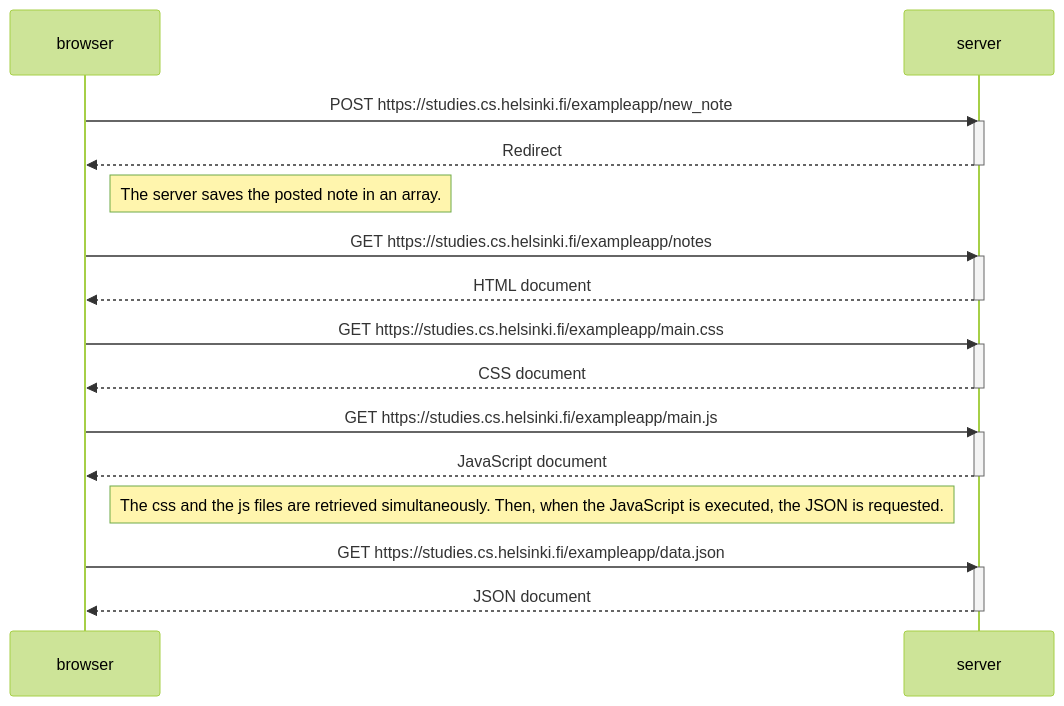
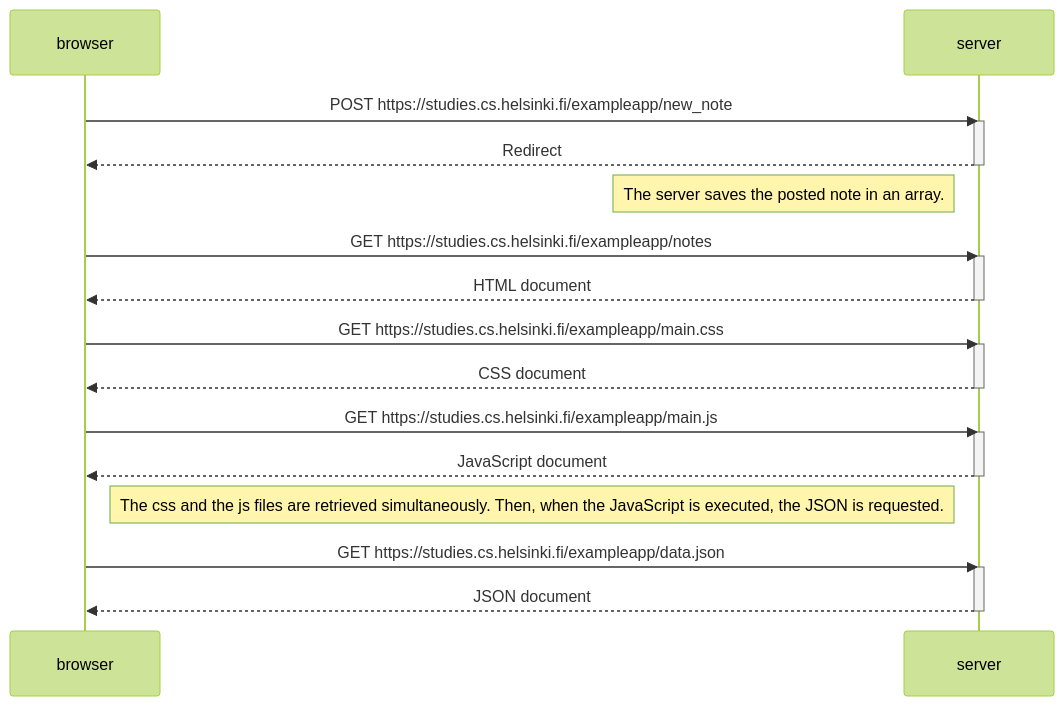
The diagram in part0/0_4_new_note_diagram.md (jjcosgaya/fullstackopen), drawn with Mermaid (forest theme) before and after one commit.

Commit message:
Fixed note position in diagram

````diff
--- a/part0/0_4_new_note_diagram.md
+++ b/part0/0_4_new_note_diagram.md
@@ -1,33 +1,33 @@
 ```mermaid
 sequenceDiagram
     participant browser
     participant server
 
     browser->>server: POST https://studies.cs.helsinki.fi/exampleapp/new_note
     activate server
     server-->>browser: Redirect
     deactivate server
-    Note right of browser: The server saves the posted note in an array.
+    Note left of server: The server saves the posted note in an array.
 
     browser->>server: GET https://studies.cs.helsinki.fi/exampleapp/notes
     activate server
     server-->>browser: HTML document
     deactivate server
 
     browser->>server: GET https://studies.cs.helsinki.fi/exampleapp/main.css
     activate server
     server-->>browser: CSS document
     deactivate server
 
     browser->>server: GET https://studies.cs.helsinki.fi/exampleapp/main.js
     activate server
     server-->>browser: JavaScript document
     deactivate server
 
     Note right of browser: The css and the js files are retrieved simultaneously. Then, when the JavaScript is executed, the JSON is requested.
 
     browser->>server: GET https://studies.cs.helsinki.fi/exampleapp/data.json
     activate server
     server-->>browser: JSON document
     deactivate server
 ```
````
